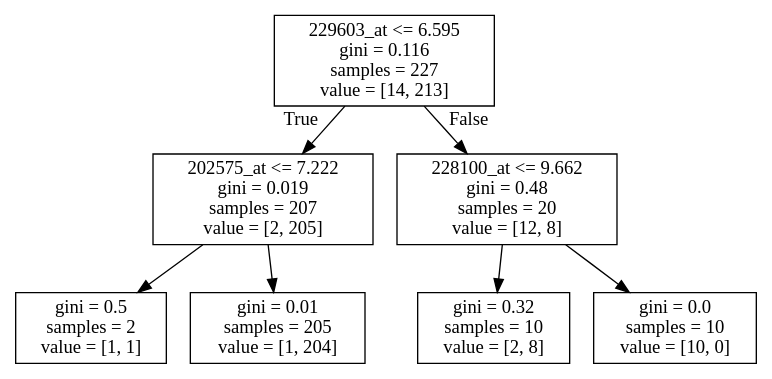
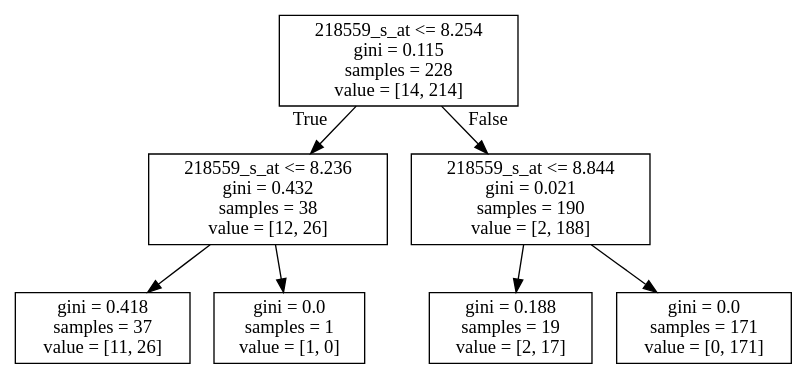
One commit to YichaoOU/Ovarian_cancer_project changed the diagram in GSE9891/GSE9891_classification/LMP_PSO_DT_2.dot. Above: the diagram before and after it, drawn with Graphviz. The commit also changed 17 other files, not shown here.

```diff
--- a/GSE9891/GSE9891_classification/LMP_PSO_DT_2.dot
+++ b/GSE9891/GSE9891_classification/LMP_PSO_DT_2.dot
@@ -1,16 +1,16 @@
 digraph Tree {
 node [shape=box] ;
-0 [label="229603_at <= 6.595\ngini = 0.116\nsamples = 227\nvalue = [14, 213]"] ;
-1 [label="202575_at <= 7.222\ngini = 0.019\nsamples = 207\nvalue = [2, 205]"] ;
+0 [label="218559_s_at <= 8.254\ngini = 0.115\nsamples = 228\nvalue = [14, 214]"] ;
+1 [label="218559_s_at <= 8.236\ngini = 0.432\nsamples = 38\nvalue = [12, 26]"] ;
 0 -> 1 [labeldistance=2.5, labelangle=45, headlabel="True"] ;
-2 [label="gini = 0.5\nsamples = 2\nvalue = [1, 1]"] ;
+2 [label="gini = 0.418\nsamples = 37\nvalue = [11, 26]"] ;
 1 -> 2 ;
-3 [label="gini = 0.01\nsamples = 205\nvalue = [1, 204]"] ;
+3 [label="gini = 0.0\nsamples = 1\nvalue = [1, 0]"] ;
 1 -> 3 ;
-4 [label="228100_at <= 9.662\ngini = 0.48\nsamples = 20\nvalue = [12, 8]"] ;
+4 [label="218559_s_at <= 8.844\ngini = 0.021\nsamples = 190\nvalue = [2, 188]"] ;
 0 -> 4 [labeldistance=2.5, labelangle=-45, headlabel="False"] ;
-5 [label="gini = 0.32\nsamples = 10\nvalue = [2, 8]"] ;
+5 [label="gini = 0.188\nsamples = 19\nvalue = [2, 17]"] ;
 4 -> 5 ;
-6 [label="gini = 0.0\nsamples = 10\nvalue = [10, 0]"] ;
+6 [label="gini = 0.0\nsamples = 171\nvalue = [0, 171]"] ;
 4 -> 6 ;
 }
```
